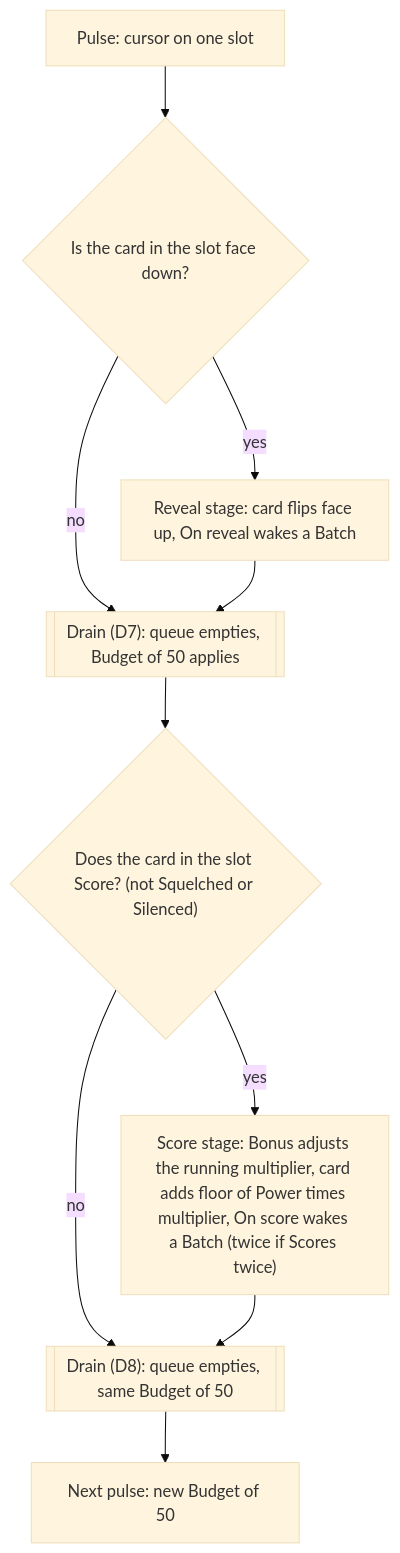
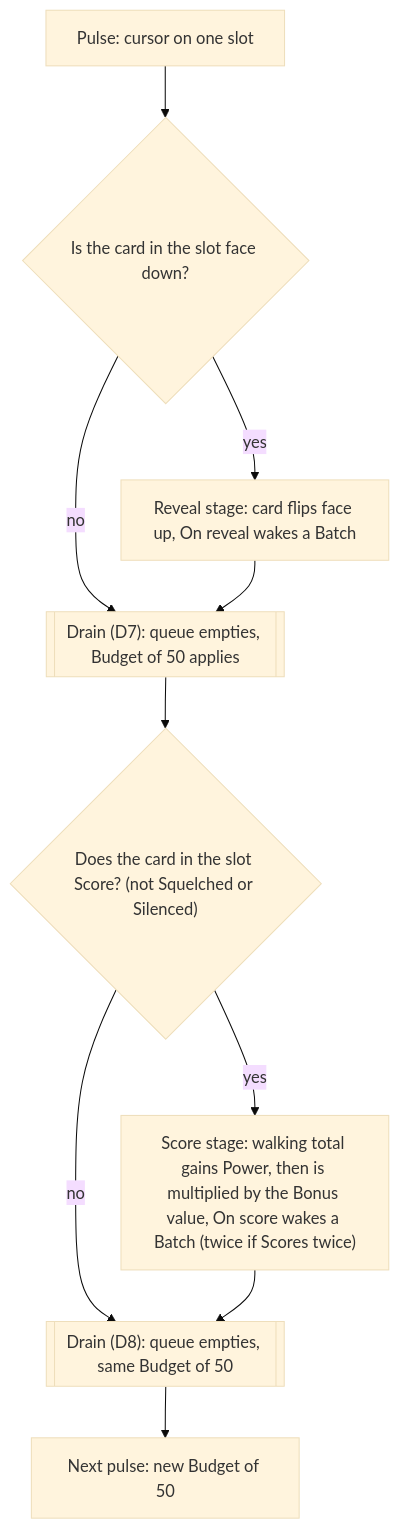
The first of 2 diagrams in docs/rules/resolution.md (bknize/midnightearth), drawn with Mermaid (base theme) before and after one commit. The commit also changed other lines of this file, not shown here.

````diff
--- a/docs/rules/resolution.md
+++ b/docs/rules/resolution.md
@@ -142,12 +173,12 @@
 ```mermaid
 flowchart TD
     P["Pulse: cursor on one slot"] --> F{"Is the card in the slot face down?"}
     F -- yes --> R["Reveal stage: card flips face up, On reveal wakes a Batch"]
     F -- no --> D7
     R --> D7[["Drain (D7): queue empties, Budget of 50 applies"]]
     D7 --> S{"Does the card in the slot Score? (not Squelched or Silenced)"}
-    S -- yes --> SC["Score stage: Bonus adjusts the running multiplier, card adds floor of Power times multiplier, On score wakes a Batch (twice if Scores twice)"]
+    S -- yes --> SC["Score stage: walking total gains Power, then is multiplied by the Bonus value, On score wakes a Batch (twice if Scores twice)"]
     S -- no --> D8
     SC --> D8[["Drain (D8): queue empties, same Budget of 50"]]
     D8 --> N["Next pulse: new Budget of 50"]
 ```
````
